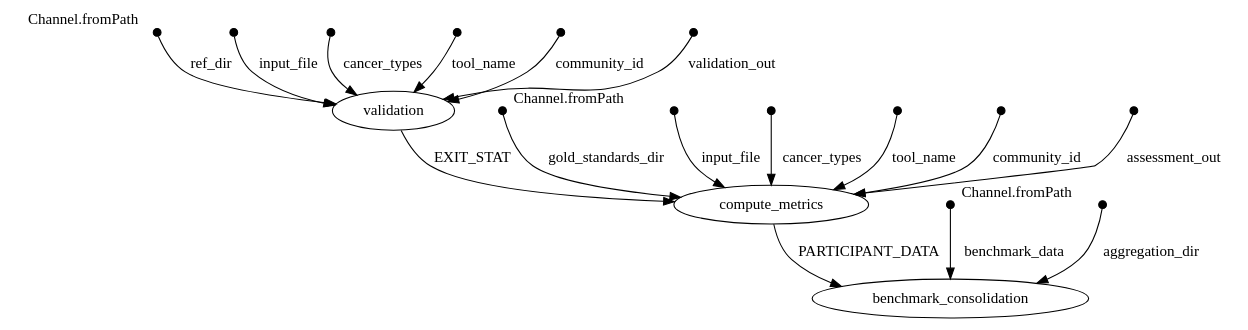
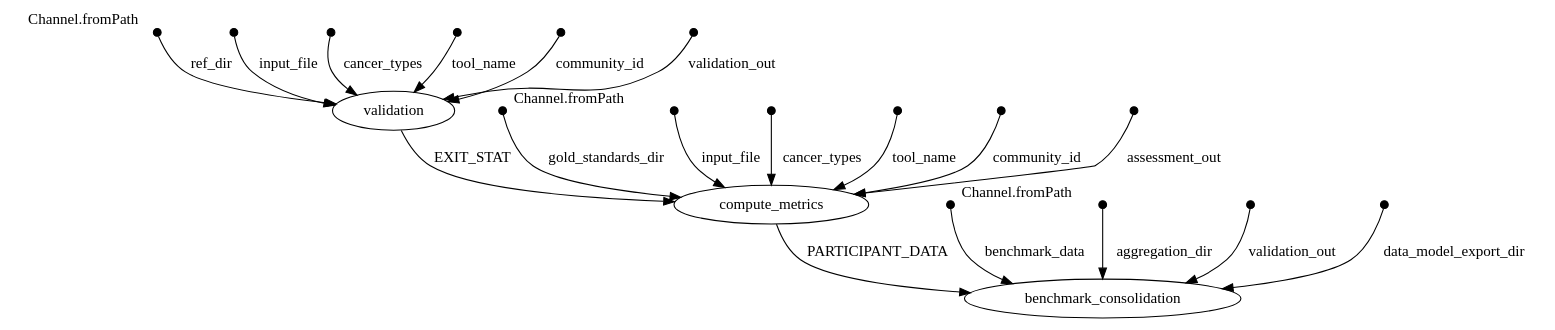
One commit to inab/TCGA_benchmarking_workflow changed the diagram in sample_out/stats/DAG.dot. Above: the diagram before and after it, drawn with Graphviz. The commit also changed 56 other files, not shown here.

Commit message:
now data model files are merged in last process. 'type' added to aggregation datasets

```diff
--- a/sample_out/stats/DAG.dot
+++ b/sample_out/stats/DAG.dot
@@ -1,66 +1,74 @@
 digraph "DAG" {
 p0 [shape=point,label="",fixedsize=true,width=0.1,xlabel="Channel.fromPath"];
 p8 [label="validation"];
 p0 -> p8 [label="ref_dir"];
 
 p1 [shape=point,label="",fixedsize=true,width=0.1,xlabel="Channel.fromPath"];
 p14 [label="compute_metrics"];
 p1 -> p14 [label="gold_standards_dir"];
 
 p2 [shape=point,label="",fixedsize=true,width=0.1,xlabel="Channel.fromPath"];
-p16 [label="benchmark_consolidation"];
-p2 -> p16 [label="benchmark_data"];
+p18 [label="benchmark_consolidation"];
+p2 -> p18 [label="benchmark_data"];
 
 p3 [shape=point,label="",fixedsize=true,width=0.1];
 p8 [label="validation"];
 p3 -> p8 [label="input_file"];
 
 p4 [shape=point,label="",fixedsize=true,width=0.1];
 p8 [label="validation"];
 p4 -> p8 [label="cancer_types"];
 
 p5 [shape=point,label="",fixedsize=true,width=0.1];
 p8 [label="validation"];
 p5 -> p8 [label="tool_name"];
 
 p6 [shape=point,label="",fixedsize=true,width=0.1];
 p8 [label="validation"];
 p6 -> p8 [label="community_id"];
 
 p7 [shape=point,label="",fixedsize=true,width=0.1];
 p8 [label="validation"];
 p7 -> p8 [label="validation_out"];
 
 p8 [label="validation"];
 p14 [label="compute_metrics"];
 p8 -> p14 [label="EXIT_STAT"];
 
 p9 [shape=point,label="",fixedsize=true,width=0.1];
 p14 [label="compute_metrics"];
 p9 -> p14 [label="input_file"];
 
 p10 [shape=point,label="",fixedsize=true,width=0.1];
 p14 [label="compute_metrics"];
 p10 -> p14 [label="cancer_types"];
 
 p11 [shape=point,label="",fixedsize=true,width=0.1];
 p14 [label="compute_metrics"];
 p11 -> p14 [label="tool_name"];
 
 p12 [shape=point,label="",fixedsize=true,width=0.1];
 p14 [label="compute_metrics"];
 p12 -> p14 [label="community_id"];
 
 p13 [shape=point,label="",fixedsize=true,width=0.1];
 p14 [label="compute_metrics"];
 p13 -> p14 [label="assessment_out"];
 
 p14 [label="compute_metrics"];
-p16 [label="benchmark_consolidation"];
-p14 -> p16 [label="PARTICIPANT_DATA"];
+p18 [label="benchmark_consolidation"];
+p14 -> p18 [label="PARTICIPANT_DATA"];
 
 p15 [shape=point,label="",fixedsize=true,width=0.1];
-p16 [label="benchmark_consolidation"];
-p15 -> p16 [label="aggregation_dir"];
+p18 [label="benchmark_consolidation"];
+p15 -> p18 [label="aggregation_dir"];
+
+p16 [shape=point,label="",fixedsize=true,width=0.1];
+p18 [label="benchmark_consolidation"];
+p16 -> p18 [label="validation_out"];
+
+p17 [shape=point,label="",fixedsize=true,width=0.1];
+p18 [label="benchmark_consolidation"];
+p17 -> p18 [label="data_model_export_dir"];
 
 }
```
